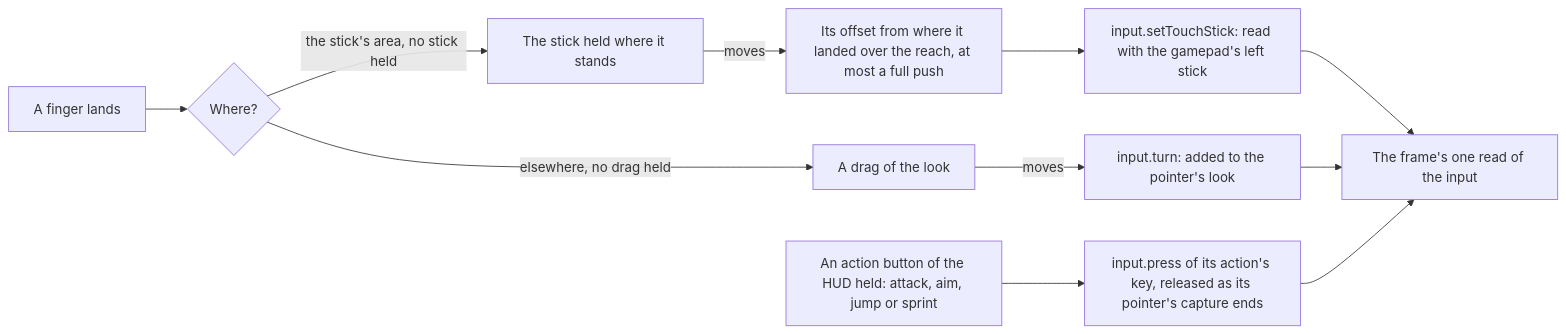
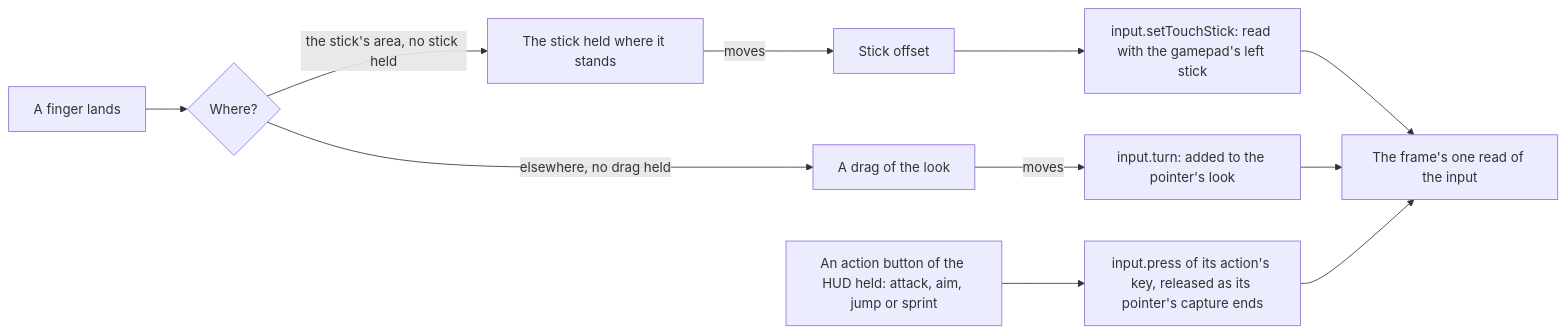
The diagram in openspec/specs/genshin/touch-controls/design.md (Esposter/Esposter), drawn with Mermaid before and after one commit. The commit also changed 12 other files, not shown here.

````diff
--- a/openspec/specs/genshin/touch-controls/design.md
+++ b/openspec/specs/genshin/touch-controls/design.md
@@ -7,13 +7,13 @@
 ```mermaid
 flowchart LR
   DOWN["A finger lands"] --> WHERE{"Where?"}
   WHERE -->|"the stick's area, no stick held"| STICK["The stick held where it stands"]
   WHERE -->|"elsewhere, no drag held"| DRAG["A drag of the look"]
-  STICK -->|"moves"| AXES["Its offset from where it landed over the reach, at most a full push"]
+  STICK -->|"moves"| AXES[Stick offset]
   AXES --> SET["input.setTouchStick: read with the gamepad's left stick"]
   DRAG -->|"moves"| TURN["input.turn: added to the pointer's look"]
   JUMP["An action button of the HUD held: attack, aim, jump or sprint"] --> PRESS["input.press of its action's key, released as its pointer's capture ends"]
   SET --> READ["The frame's one read of the input"]
   TURN --> READ
   PRESS --> READ
 ```
````
